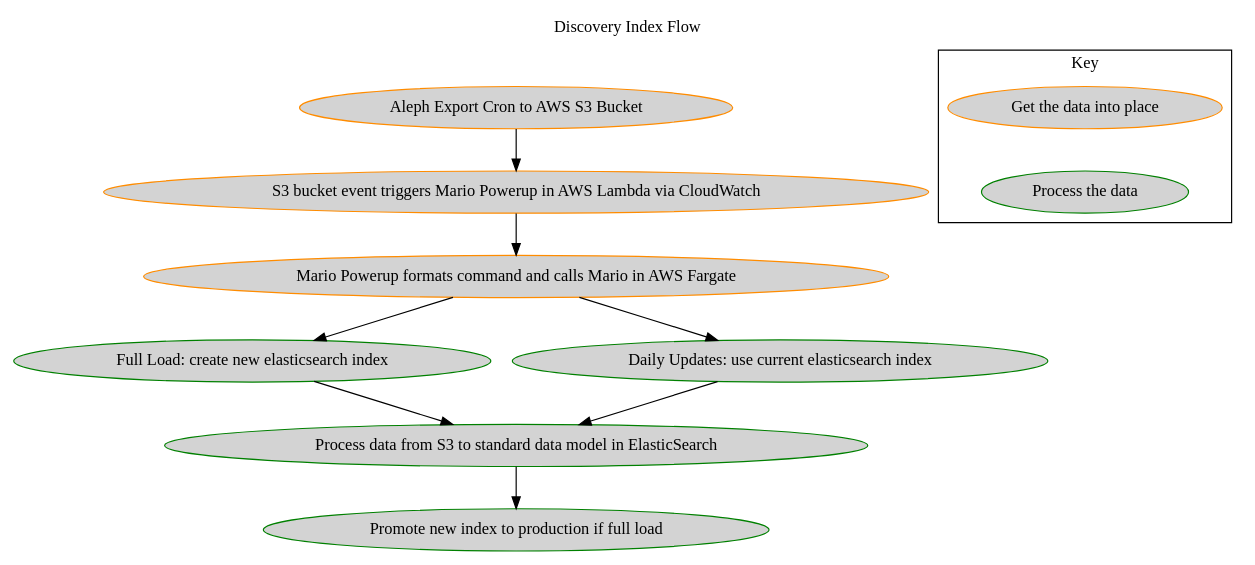
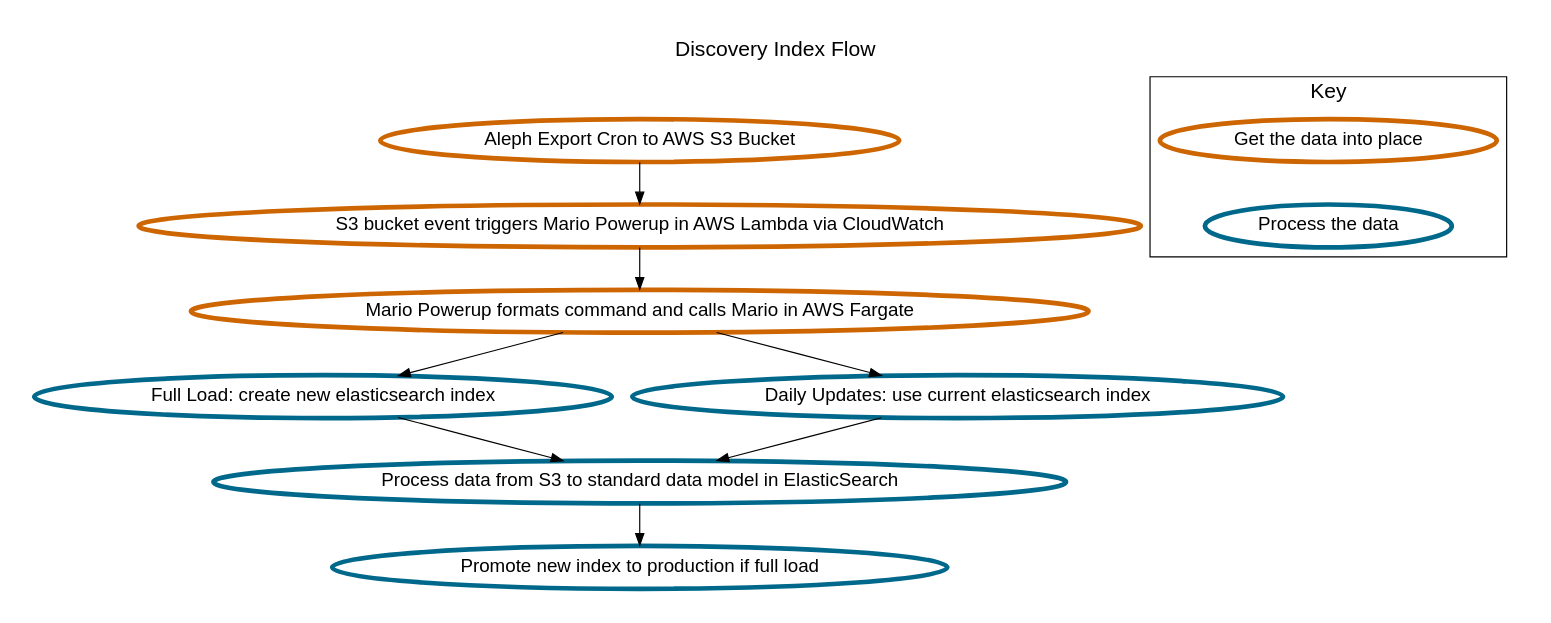
One commit to MITLibraries/mario changed the diagram in docs/charts/dip_architecture.dot. Above: the diagram before and after it, drawn with Graphviz. The commit also changed 3 other files, not shown here.

Commit message:
Update charts to use colorblind-safe colors and more accessible font

```diff
--- a/docs/charts/dip_architecture.dot
+++ b/docs/charts/dip_architecture.dot
@@ -1,34 +1,37 @@
 // dot docs/charts/dip_architecture.dot -Tpng > docs/charts/dip_architecture.png
 // requires installation of GraphViz (brew install graphviz, or
 // http://www.graphviz.org/Download..php if that doesn't work)
 
 digraph G {
   label="Discovery Index Flow";
   labelloc=t;
-  node [style=filled];
+  fontname=helvetica;
+  fontsize=18;
+  node [style=filled, fontname=helvetica, fillcolor=white, penwidth=4, fontsize=16];
+  pad=0.3;
 
-  aleph[label="Aleph Export Cron to AWS S3 Bucket", color=darkorange, fillcolor=lightgray]
-  s3Event[label="S3 bucket event triggers Mario Powerup in AWS Lambda via CloudWatch", color=darkorange, fillcolor=lightgray]
-  lambda[label="Mario Powerup formats command and calls Mario in AWS Fargate", color=darkorange, fillcolor=lightgray]
-  fullLoad[label="Full Load: create new elasticsearch index", color=green, fillcolor=lightgray]
-  dailyLoad[label="Daily Updates: use current elasticsearch index", color=green, fillcolor=lightgray]
-  process[label="Process data from S3 to standard data model in ElasticSearch", color=green, fillcolor=lightgray]
-  updateAlias[label="Promote new index to production if full load", color=green, fillcolor=lightgray]
+  aleph[label="Aleph Export Cron to AWS S3 Bucket", color=DarkOrange3]
+  s3Event[label="S3 bucket event triggers Mario Powerup in AWS Lambda via CloudWatch", color=DarkOrange3]
+  lambda[label="Mario Powerup formats command and calls Mario in AWS Fargate", color=DarkOrange3]
+  fullLoad[label="Full Load: create new elasticsearch index", color=DeepSkyBlue4]
+  dailyLoad[label="Daily Updates: use current elasticsearch index", color=DeepSkyBlue4]
+  process[label="Process data from S3 to standard data model in ElasticSearch", color=DeepSkyBlue4]
+  updateAlias[label="Promote new index to production if full load", color=DeepSkyBlue4]
 
   aleph -> s3Event
   s3Event -> lambda
   lambda -> fullLoad
   lambda -> dailyLoad
   dailyLoad -> process
   fullLoad -> process
   process -> updateAlias
 
   subgraph clusterLegend {
     label="Key";
     {
-     k2[label="Process the data", color=green, fillcolor=lightgray];
-     k1[label="Get the data into place", color=darkorange, fillcolor=lightgray];
+     k2[label="Process the data", color=DeepSkyBlue4];
+     k1[label="Get the data into place", color=darkorange3];
      k1 -> k2 [style=invis]
      }
   }
 }
```
